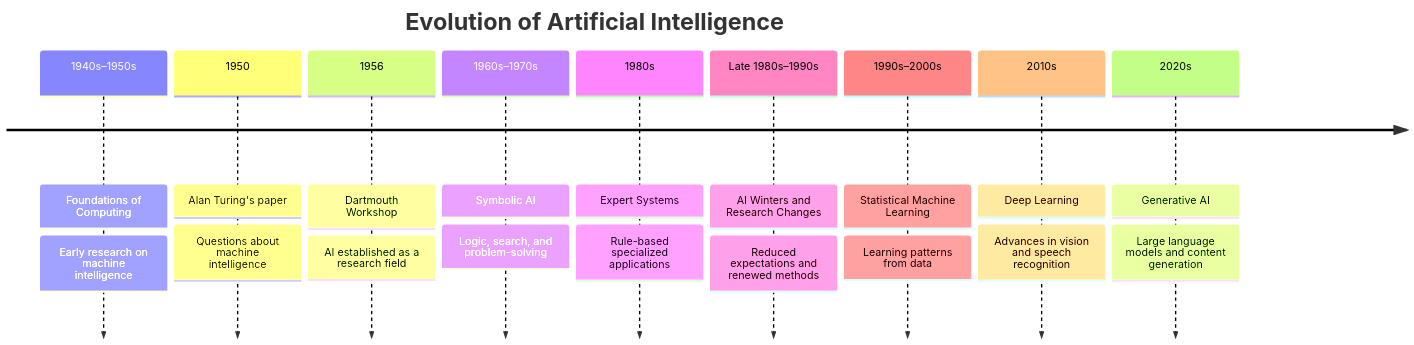
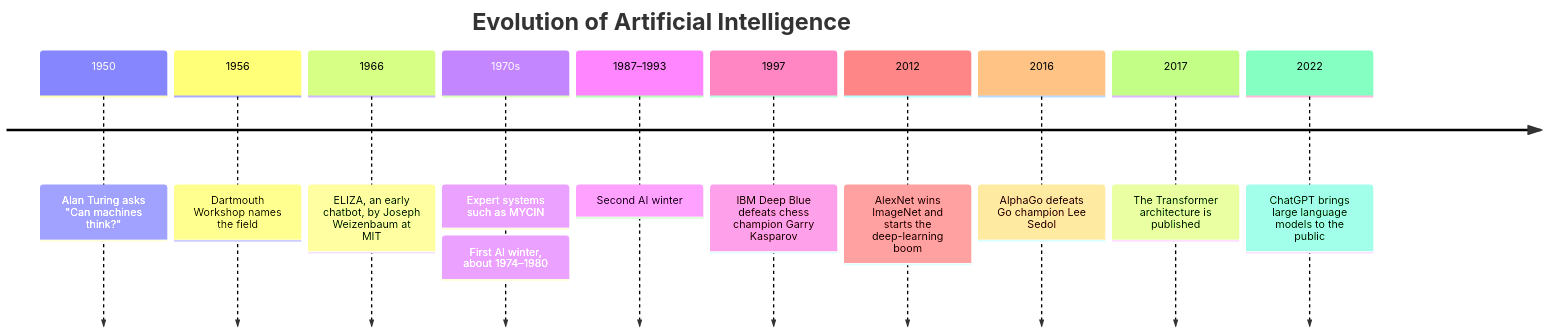
Before and after one commit to NicolausLionel/SLN: the second of 6 diagrams in content/01_introduction-to-ai.md, drawn with Mermaid. The commit also changed other lines of this file, not shown here.

````diff
--- a/content/01_introduction-to-ai.md
+++ b/content/01_introduction-to-ai.md
@@ -200,22 +232,15 @@
 ```mermaid
 timeline
     title Evolution of Artificial Intelligence
-    1940s–1950s : Foundations of Computing
-                : Early research on machine intelligence
-    1950 : Alan Turing's paper
-         : Questions about machine intelligence
-    1956 : Dartmouth Workshop
-         : AI established as a research field
-    1960s–1970s : Symbolic AI
-                : Logic, search, and problem-solving
-    1980s : Expert Systems
-          : Rule-based specialized applications
-    Late 1980s–1990s : AI Winters and Research Changes
-                    : Reduced expectations and renewed methods
-    1990s–2000s : Statistical Machine Learning
-                : Learning patterns from data
-    2010s : Deep Learning
-          : Advances in vision and speech recognition
-    2020s : Generative AI
-          : Large language models and content generation
+    1950 : Alan Turing asks "Can machines think?"
+    1956 : Dartmouth Workshop names the field
+    1966 : ELIZA, an early chatbot, by Joseph Weizenbaum at MIT
+    1970s : Expert systems such as MYCIN
+          : First AI winter, about 1974–1980
+    1987–1993 : Second AI winter
+    1997 : IBM Deep Blue defeats chess champion Garry Kasparov
+    2012 : AlexNet wins ImageNet and starts the deep-learning boom
+    2016 : AlphaGo defeats Go champion Lee Sedol
+    2017 : The Transformer architecture is published
+    2022 : ChatGPT brings large language models to the public
 ```
````
